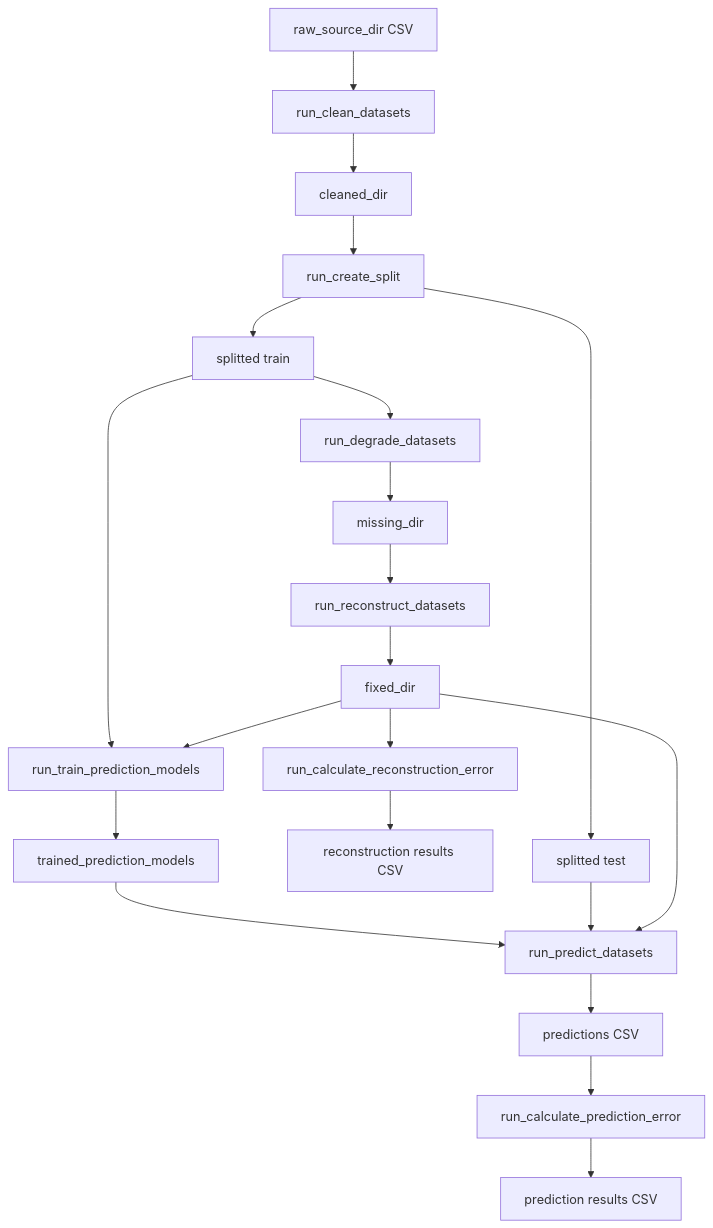
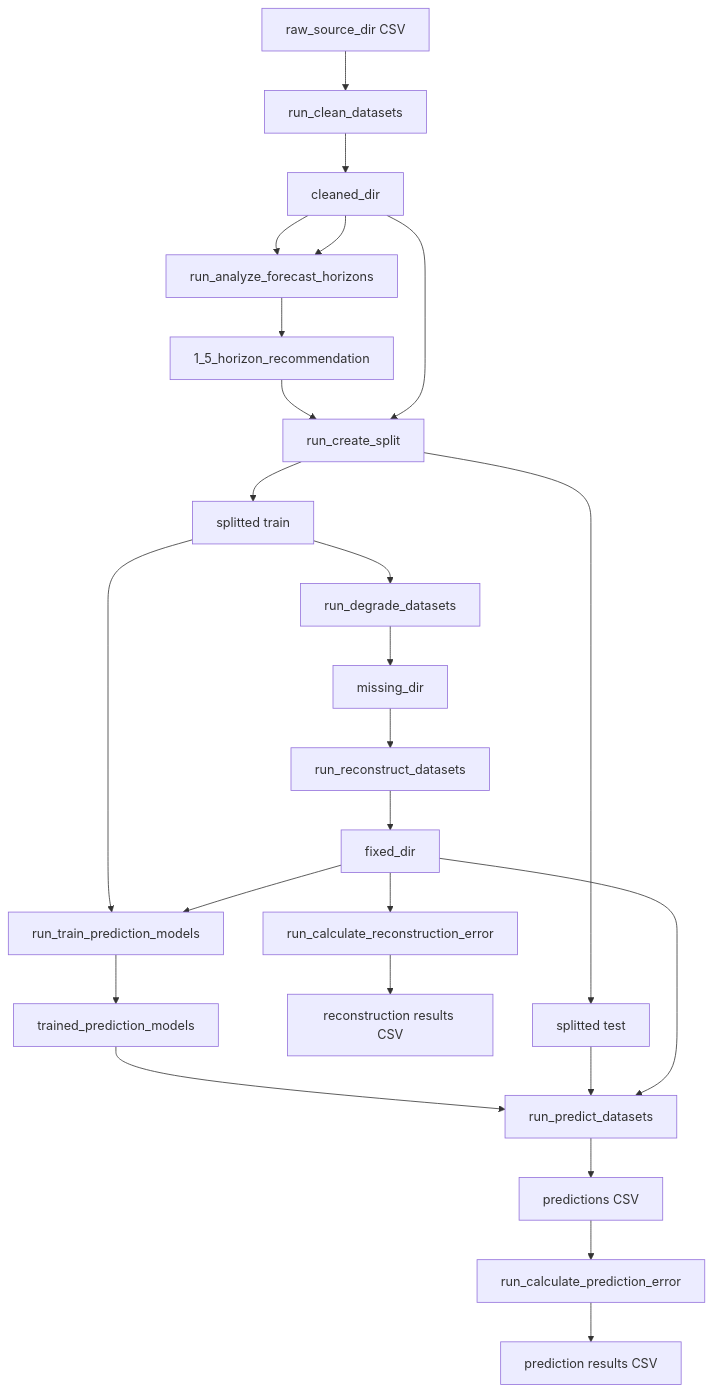
Before and after one commit to DariuszKobiela/uniTS-MissRecoPred: the first of 2 diagrams in docs/API.md, drawn with Mermaid. The commit also changed other lines of this file and 46 other files, not shown here.

````diff
--- a/docs/API.md
+++ b/docs/API.md
@@ -383,32 +412,37 @@
 ```mermaid
 flowchart TD
     raw[raw_source_dir CSV]
     s1[run_clean_datasets]
     cleaned[cleaned_dir]
+    s15[run_analyze_forecast_horizons]
+    meta[1_5_horizon_recommendation]
     s2[run_create_split]
     train[splitted train]
     test[splitted test]
     s3[run_degrade_datasets]
     missing[missing_dir]
     s4[run_reconstruct_datasets]
     fixed[fixed_dir]
     s5[run_calculate_reconstruction_error]
     rec_csv[reconstruction results CSV]
     s7[run_train_prediction_models]
     ckpt[trained_prediction_models]
     s8[run_predict_datasets]
     pred_files[predictions CSV]
     s9[run_calculate_prediction_error]
     pred_csv[prediction results CSV]
 
-    raw --> s1 --> cleaned --> s2 --> train
+    raw --> s1 --> cleaned --> s15 --> meta
+    cleaned --> s15
+    meta --> s2
+    cleaned --> s2 --> train
     s2 --> test
     train --> s3 --> missing --> s4 --> fixed
     fixed --> s5 --> rec_csv
     train --> s7
     fixed --> s7
     s7 --> ckpt --> s8
     test --> s8
     fixed --> s8
     s8 --> pred_files --> s9 --> pred_csv
 ```
````
